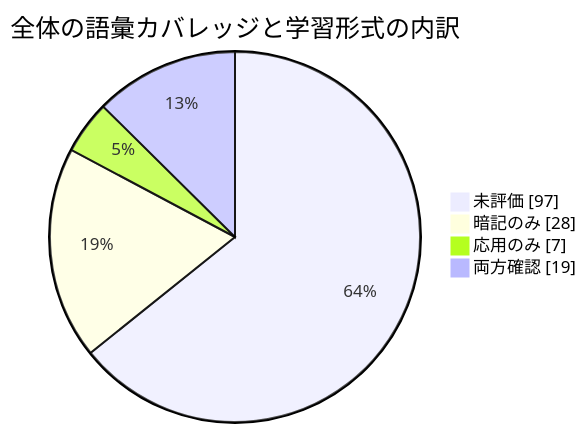
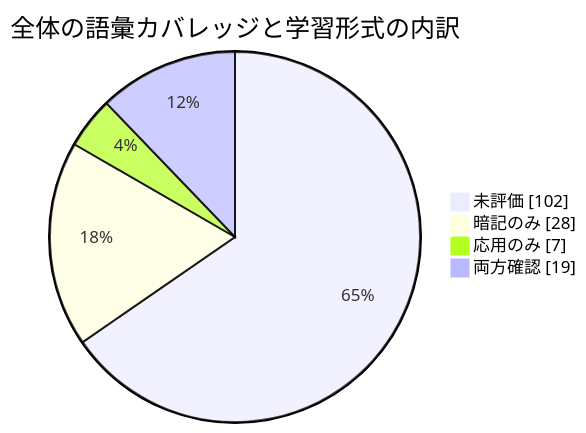
One commit to ryusuke2003/security-specialist-study changed the diagram in 進捗/モチベ.md. Above: the diagram before and after it, drawn with Mermaid. The commit also changed other lines of this file and 6 other files, not shown here.

````diff
--- a/進捗/モチベ.md
+++ b/進捗/モチベ.md
@@ -5,8 +5,8 @@
 ```mermaid
 pie showData
     title 全体の語彙カバレッジと学習形式の内訳
-    "未評価" : 97
+    "未評価" : 102
     "暗記のみ" : 28
     "応用のみ" : 7
     "両方確認" : 19
 ```
````
